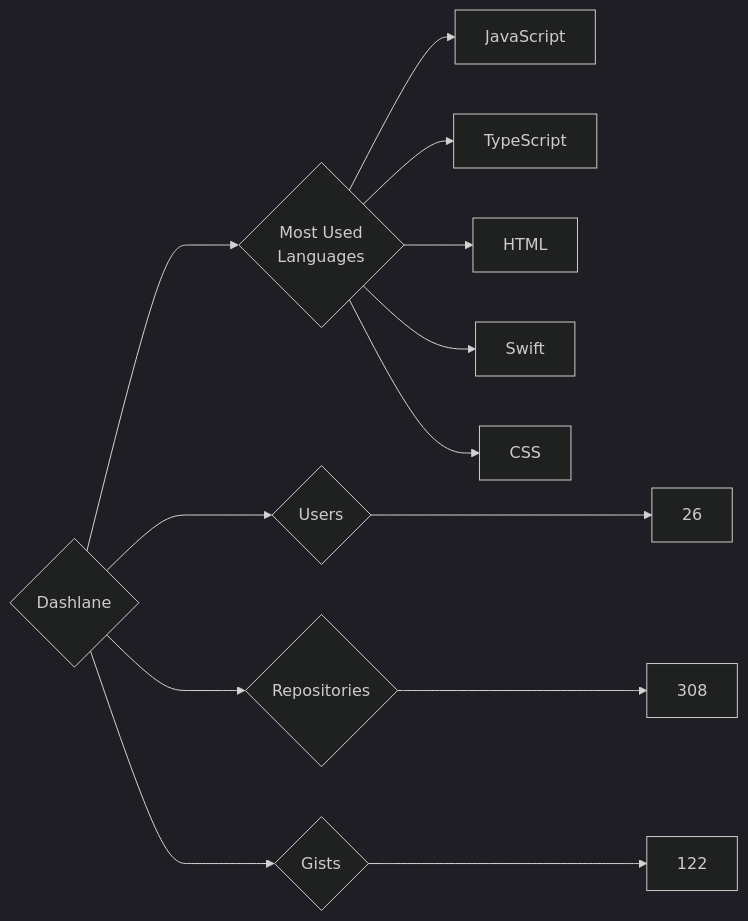
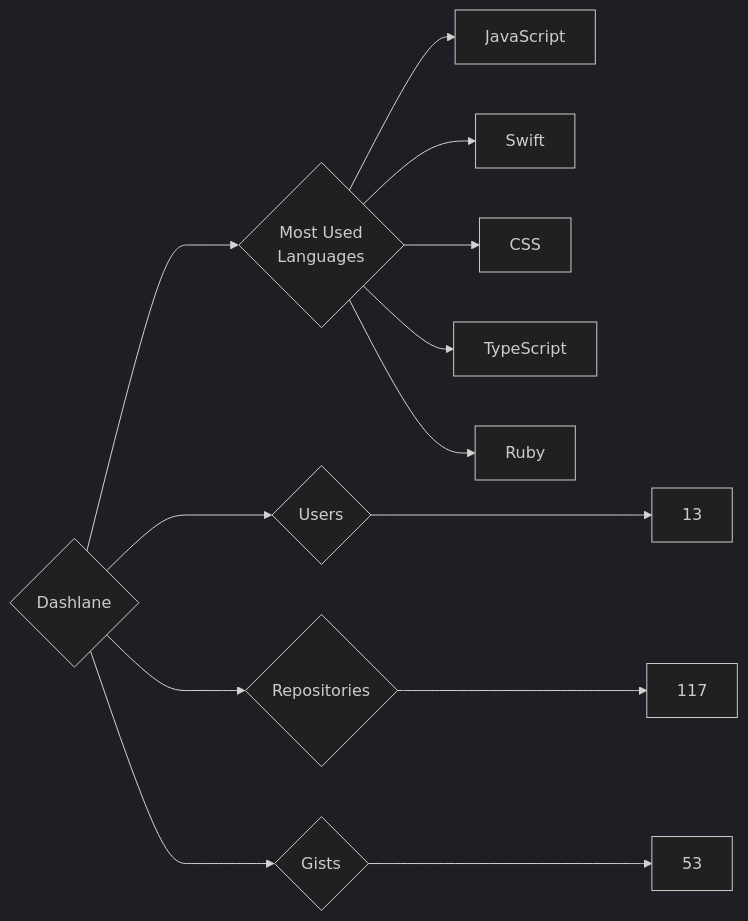
One commit to trickest/insiders changed the diagram in targets/Dashlane/README.md. Above: the diagram before and after it, drawn with Mermaid (dark theme). The commit also changed 823 other files, not shown here.

````diff
--- a/targets/Dashlane/README.md
+++ b/targets/Dashlane/README.md
@@ -3,13 +3,13 @@
 ```mermaid
 graph LR
 COMPANY_NAME{Dashlane}
-COMPANY_NAME ---> U{Users} ---> UN[26]
-COMPANY_NAME ---> R{Repositories} ---> RN[308]
-COMPANY_NAME ---> G{Gists} ---> GN[122]
+COMPANY_NAME ---> U{Users} ---> UN[13]
+COMPANY_NAME ---> R{Repositories} ---> RN[117]
+COMPANY_NAME ---> G{Gists} ---> GN[53]
 COMPANY_NAME ---> ML{Most Used<br>Languages}
 ML --> JavaScript[JavaScript]
-ML --> TypeScript[TypeScript]
-ML --> HTML[HTML]
 ML --> Swift[Swift]
 ML --> CSS[CSS]
+ML --> TypeScript[TypeScript]
+ML --> Ruby[Ruby]
 ```
````
